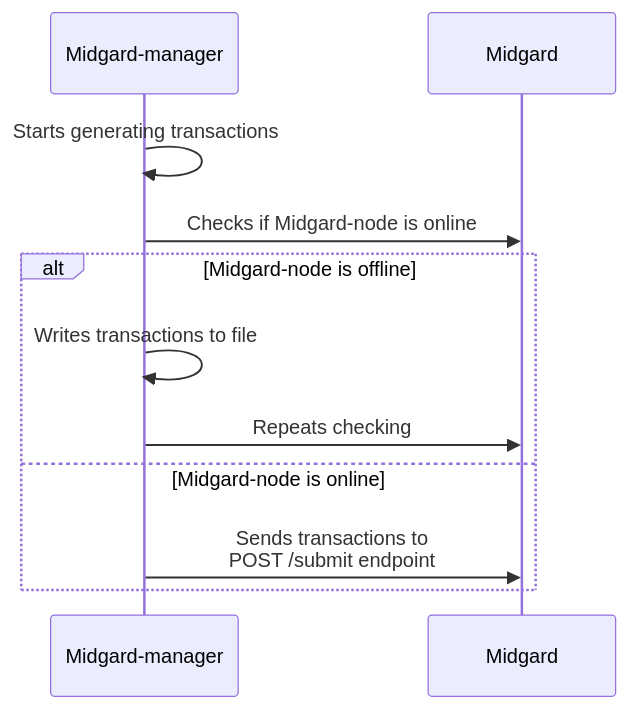
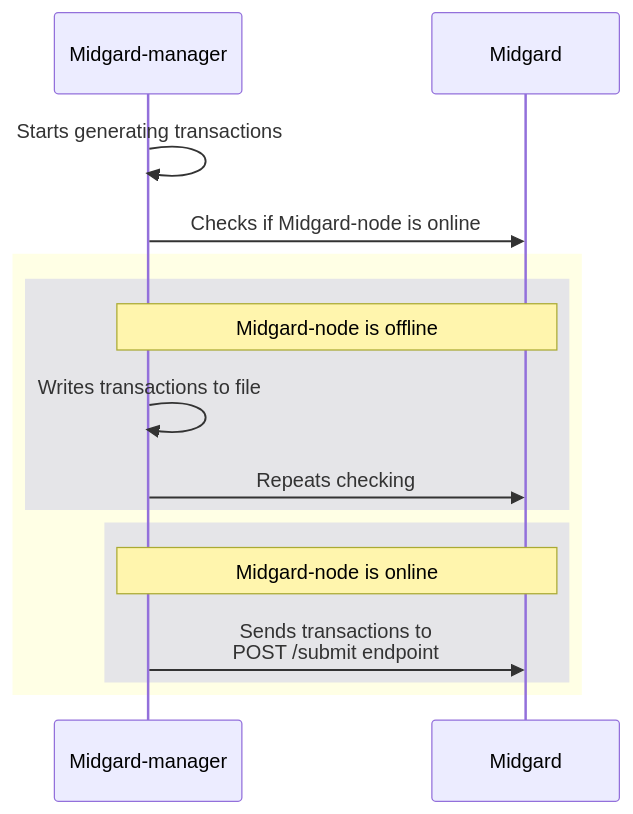
The diagram in demo/schemes/midgard_manager_submit_tx.md (sundial-protocol/sundial-monorepo), drawn with Mermaid before and after one commit.

Commit message:
Change alt block to colored rectangles

````diff
--- a/demo/schemes/midgard_manager_submit_tx.md
+++ b/demo/schemes/midgard_manager_submit_tx.md
@@ -1,16 +1,22 @@
 ```mermaid
 
 sequenceDiagram
 
   participant Midgard-manager
   participant Midgard
   Midgard-manager ->> Midgard-manager: Starts generating transactions
   Midgard-manager ->> Midgard: Checks if Midgard-node is online
-  alt Midgard-node is offline
-    Midgard-manager ->> Midgard-manager: Writes transactions to file
-    Midgard-manager ->> Midgard: Repeats checking
-  else Midgard-node is online
-    Midgard-manager ->> Midgard: Sends transactions to<br>POST /submit endpoint
+  rect rgba(255, 255, 0, .1)
+  rect rgba(0, 0, 255, .1)
+  Note over Midgard-manager, Midgard: Midgard-node is offline
+  Midgard-manager ->> Midgard-manager: Writes transactions to file
+  Midgard-manager ->> Midgard: Repeats checking
+  end
+
+  rect rgba(0, 0, 255, .1)
+  Note over Midgard-manager, Midgard: Midgard-node is online
+  Midgard-manager ->> Midgard: Sends transactions to<br>POST /submit endpoint
+  end
   end
 
 ```
````
